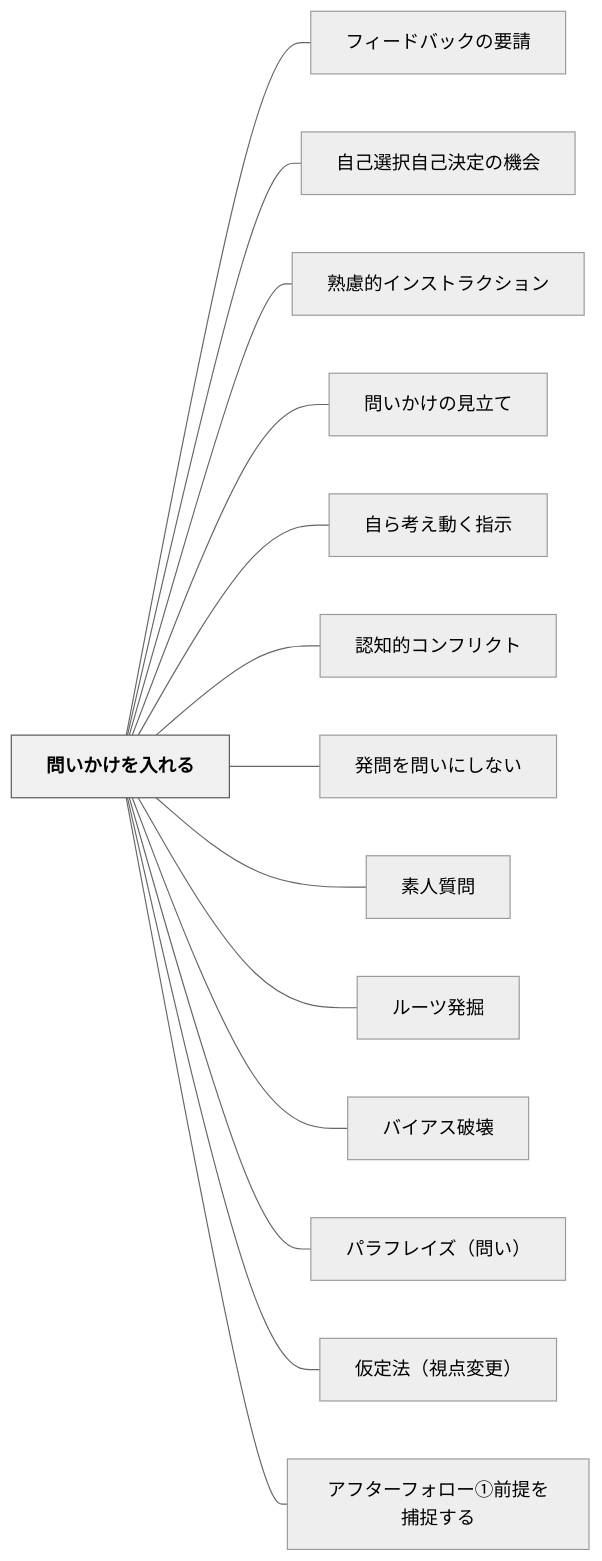
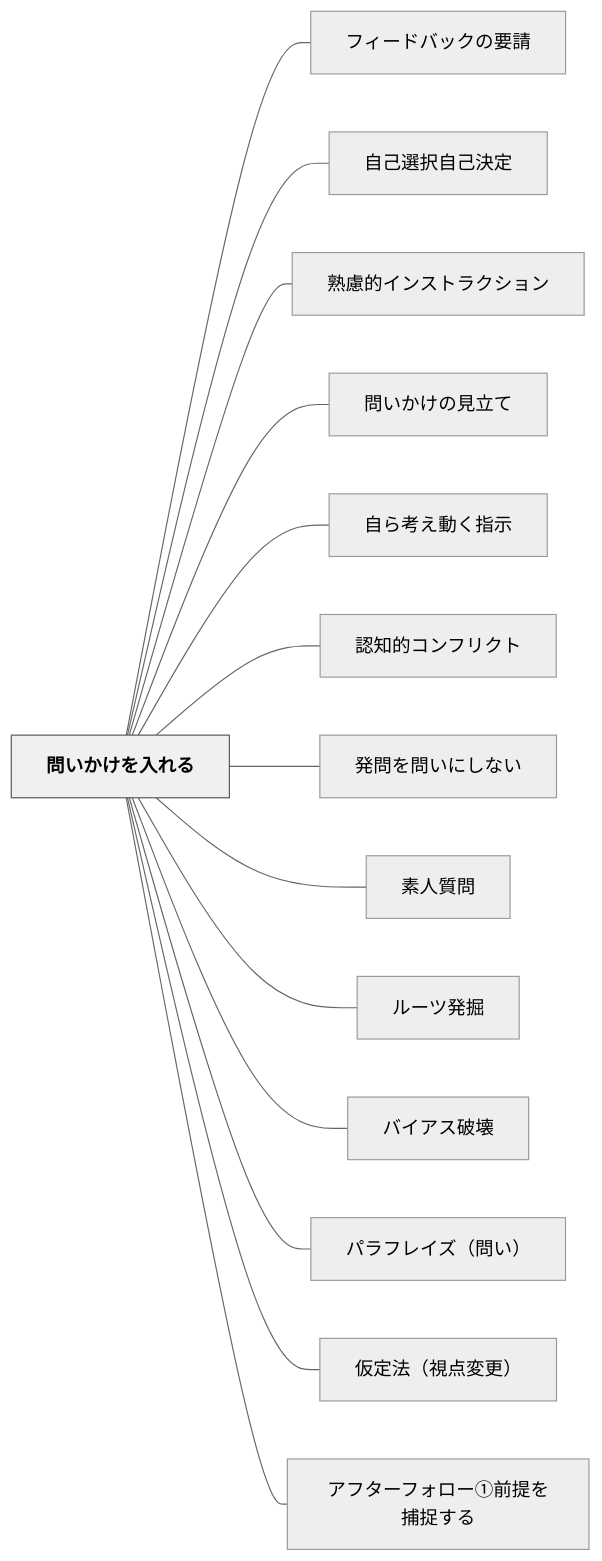
Before and after one commit to unknownthings-ed-patterns/unknownthings-ed-patterns: the diagram in content/パタン/問いかけを入れる.md, drawn with Mermaid (neutral theme). The commit also changed other lines of this file and 27 other files, not shown here.

````diff
--- a/content/パタン/問いかけを入れる.md
+++ b/content/パタン/問いかけを入れる.md
@@ -79,34 +79,34 @@
 ```mermaid
 flowchart LR
     ne5958fe38184e3818be38191e38292e585a5e3828ce3828b["問いかけを入れる"]
     ne38395e382a3e383bce38389e38390e38383e382afe381aee8a681e8ab8b["フィードバックの要請"]
-    ne887aae5b7b1e981b8e68a9ee887aae5b7b1e6b1bae5ae9ae381aee6a99fe4bc9a["自己選択自己決定の機会"]
+    ne887aae5b7b1e981b8e68a9ee887aae5b7b1e6b1bae5ae9a["自己選択自己決定"]
     ne7869fe685aee79a84e382a4e383b3e382b9e38388e383a9e382afe382b7e383a7e383b3["熟慮的インストラクション"]
     ne5958fe38184e3818be38191e381aee8a68be7ab8be381a6["問いかけの見立て"]
     ne887aae38289e88083e38188e58b95e3818fe68c87e7a4ba["自ら考え動く指示"]
     ne8aa8de79fa5e79a84e382b3e383b3e38395e383aae382afe38388["認知的コンフリクト"]
     ne799bae5958fe38292e5958fe38184e381abe38197e381aae38184["発問を問いにしない"]
     ne7b4a0e4babae8b3aae5958f["素人質問"]
     ne383abe383bce38384e799bae68e98["ルーツ発掘"]
     ne38390e382a4e382a2e382b9e7a0b4e5a38a["バイアス破壊"]
     ne38391e383a9e38395e383ace382a4e382baefbc88e5958fe38184efbc89["パラフレイズ（問い）"]
     ne4bbaee5ae9ae6b395efbc88e8a696e782b9e5a489e69bb4efbc89["仮定法（視点変更）"]
     ne382a2e38395e382bfe383bce38395e382a9e383ade383bce291a0e5898de68f90e38292e68d95e68d89e38199e3828b["アフターフォロー①前提を捕捉する"]
 
     ne5958fe38184e3818be38191e38292e585a5e3828ce3828b --- ne38395e382a3e383bce38389e38390e38383e382afe381aee8a681e8ab8b
-    ne5958fe38184e3818be38191e38292e585a5e3828ce3828b --- ne887aae5b7b1e981b8e68a9ee887aae5b7b1e6b1bae5ae9ae381aee6a99fe4bc9a
+    ne5958fe38184e3818be38191e38292e585a5e3828ce3828b --- ne887aae5b7b1e981b8e68a9ee887aae5b7b1e6b1bae5ae9a
     ne5958fe38184e3818be38191e38292e585a5e3828ce3828b --- ne7869fe685aee79a84e382a4e383b3e382b9e38388e383a9e382afe382b7e383a7e383b3
     ne5958fe38184e3818be38191e38292e585a5e3828ce3828b --- ne5958fe38184e3818be38191e381aee8a68be7ab8be381a6
     ne5958fe38184e3818be38191e38292e585a5e3828ce3828b --- ne887aae38289e88083e38188e58b95e3818fe68c87e7a4ba
     ne5958fe38184e3818be38191e38292e585a5e3828ce3828b --- ne8aa8de79fa5e79a84e382b3e383b3e38395e383aae382afe38388
     ne5958fe38184e3818be38191e38292e585a5e3828ce3828b --- ne799bae5958fe38292e5958fe38184e381abe38197e381aae38184
     ne5958fe38184e3818be38191e38292e585a5e3828ce3828b --- ne7b4a0e4babae8b3aae5958f
     ne5958fe38184e3818be38191e38292e585a5e3828ce3828b --- ne383abe383bce38384e799bae68e98
     ne5958fe38184e3818be38191e38292e585a5e3828ce3828b --- ne38390e382a4e382a2e382b9e7a0b4e5a38a
     ne5958fe38184e3818be38191e38292e585a5e3828ce3828b --- ne38391e383a9e38395e383ace382a4e382baefbc88e5958fe38184efbc89
     ne5958fe38184e3818be38191e38292e585a5e3828ce3828b --- ne4bbaee5ae9ae6b395efbc88e8a696e782b9e5a489e69bb4efbc89
     ne5958fe38184e3818be38191e38292e585a5e3828ce3828b --- ne382a2e38395e382bfe383bce38395e382a9e383ade383bce291a0e5898de68f90e38292e68d95e68d89e38199e3828b
 
     classDef hub fill:#f0f0f0,stroke:#555,color:#000,font-weight:bold
     class ne5958fe38184e3818be38191e38292e585a5e3828ce3828b hub
 ```
````
